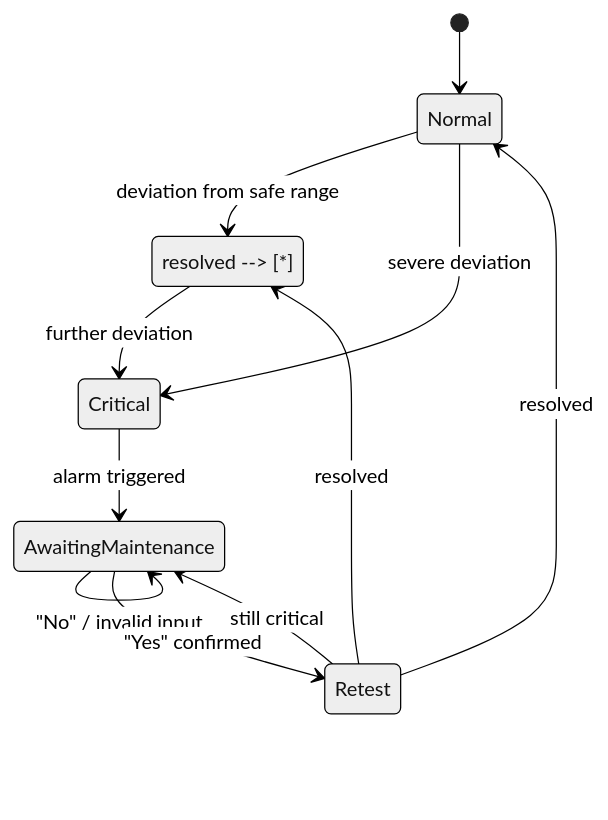
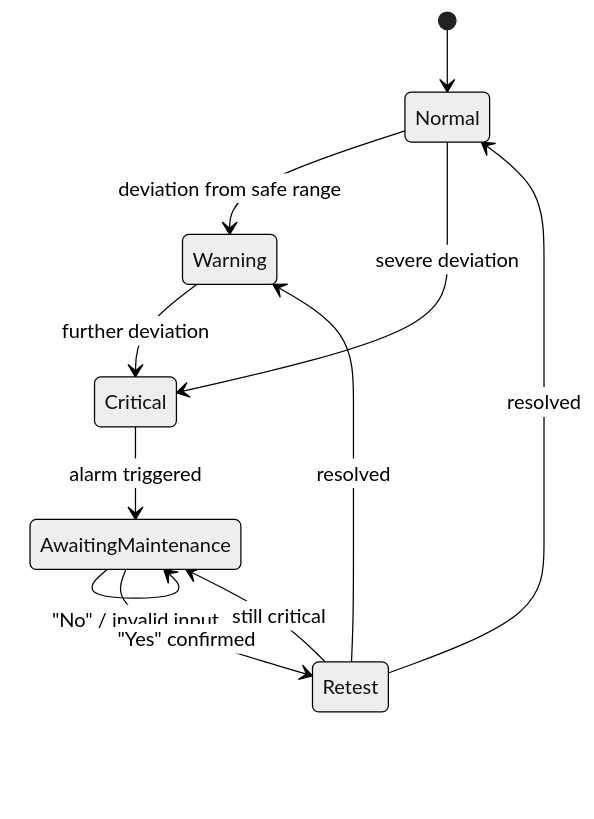
One commit to alissamaharaj/alarmist-sim changed the diagram in README.md. Above: the diagram before and after it, drawn with Mermaid (neutral theme). The commit also changed other lines of this file, not shown here.

````diff
--- a/README.md
+++ b/README.md
@@ -20,14 +20,13 @@
 ```mermaid
 stateDiagram-v2
   [*] --> Normal
   Normal --> Warning: deviation from safe range
   Warning --> Critical: further deviation
   Normal --> Critical: severe deviation
   Critical --> AwaitingMaintenance: alarm triggered
   AwaitingMaintenance --> AwaitingMaintenance: "No" / invalid input
   AwaitingMaintenance --> Retest: "Yes" confirmed
   Retest --> AwaitingMaintenance: still critical
   Retest --> Normal: resolved
   Retest --> Warning: resolved
-  Warning: resolved --> [*]
 ```
````
